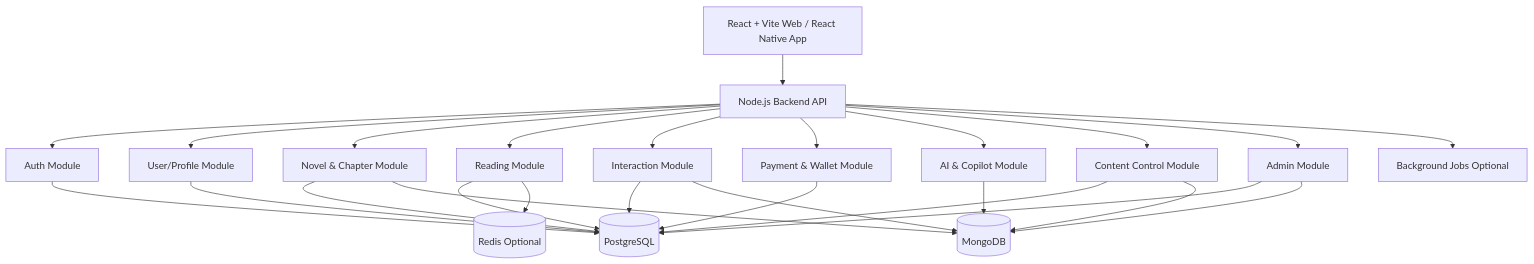
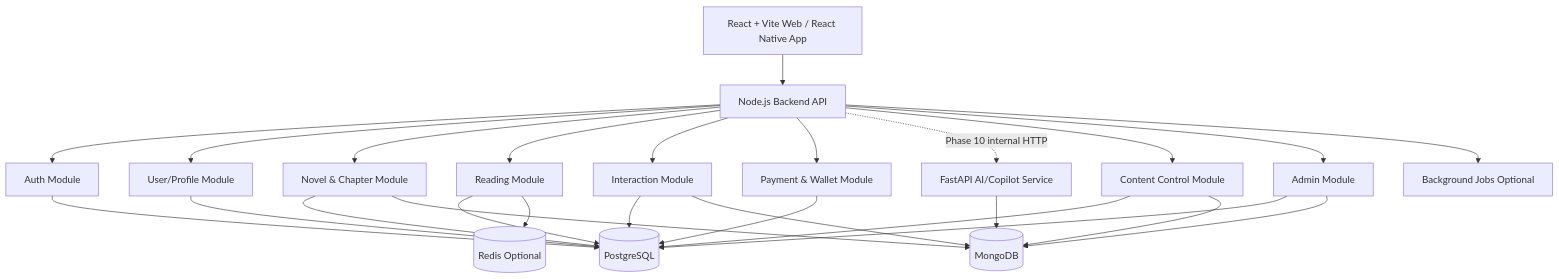
One commit to Ephurin/Novel_sharing_platform changed the diagram in docs/Backend/overview.md. Above: the diagram before and after it, drawn with Mermaid. The commit also changed other lines of this file and 73 other files, not shown here.

````diff
--- a/docs/Backend/overview.md
+++ b/docs/Backend/overview.md
@@ -16,32 +16,32 @@
 ```mermaid
 flowchart TD
     Client[React + Vite Web / React Native App] --> API[Node.js Backend API]
 
     API --> Auth[Auth Module]
     API --> User[User/Profile Module]
     API --> Novel[Novel & Chapter Module]
     API --> Reading[Reading Module]
     API --> Interaction[Interaction Module]
     API --> Wallet[Payment & Wallet Module]
-    API --> AI[AI & Copilot Module]
+    API -. Phase 10 internal HTTP .-> AI[FastAPI AI/Copilot Service]
     API --> Control[Content Control Module]
     API --> Admin[Admin Module]
 
     Auth --> PG[(PostgreSQL)]
     User --> PG
     Novel --> PG
     Reading --> PG
     Interaction --> PG
     Wallet --> PG
     Control --> PG
     Admin --> PG
 
     Novel --> Mongo[(MongoDB)]
     Interaction --> Mongo
     AI --> Mongo
     Control --> Mongo
     Admin --> Mongo
 
     Reading --> Redis[(Redis Optional)]
     API --> Queue[Background Jobs Optional]
 ```
````
